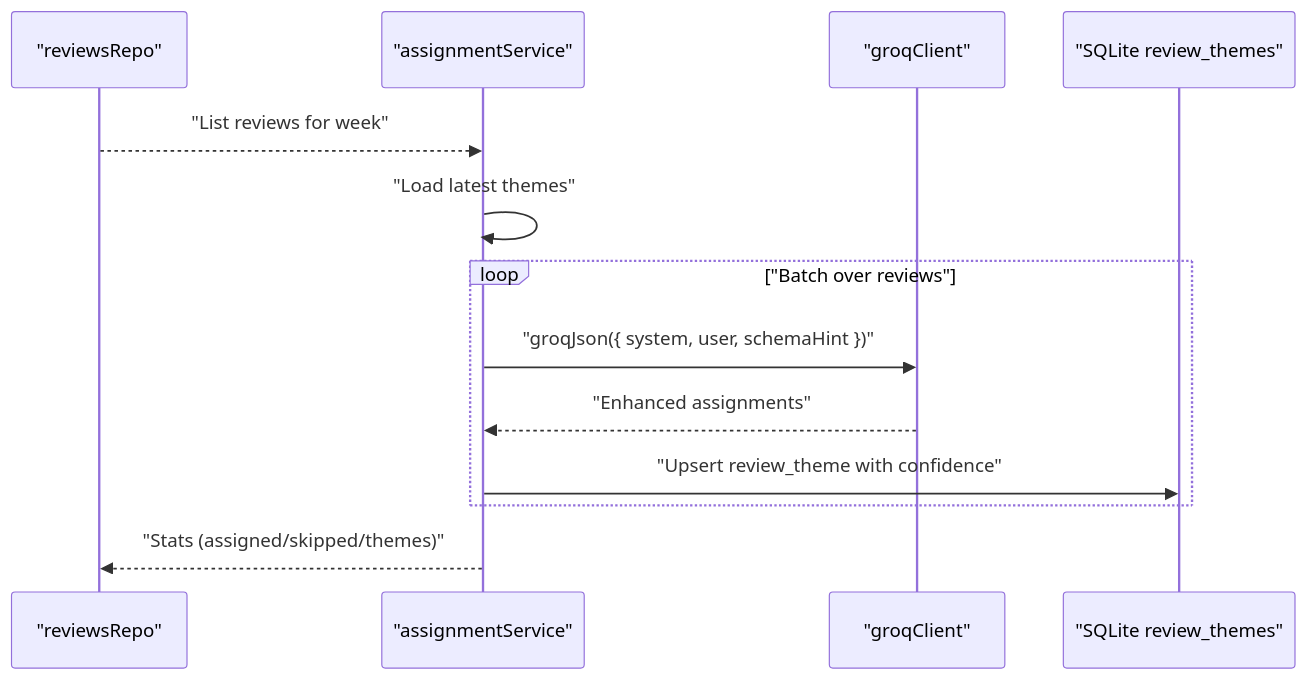
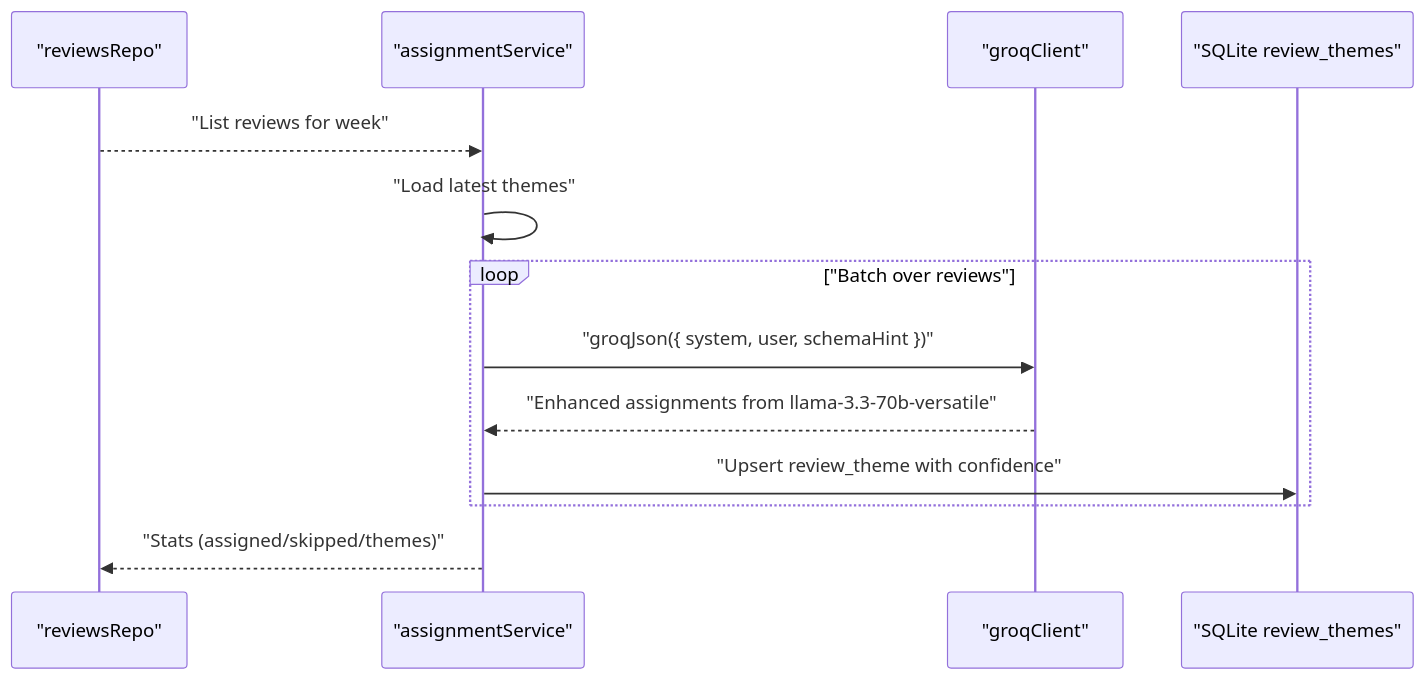
The sixth of 10 diagrams in .qoder/repowiki/en/content/Phase 2_ Advanced Analytics & Automation/LLM Integration with Groq.md (aravinthraj-ramalingam/Groww-App-Review-Insights-Analyzer-), drawn with Mermaid before and after one commit. The commit also changed other lines of this file and 10 other files, not shown here.

````diff
--- a/.qoder/repowiki/en/content/Phase 2_ Advanced Analytics & Automation/LLM Integration with Groq.md
+++ b/.qoder/repowiki/en/content/Phase 2_ Advanced Analytics & Automation/LLM Integration with Groq.md
@@ -254,15 +258,15 @@
 ```mermaid
 sequenceDiagram
 participant Repo as "reviewsRepo"
 participant Asgn as "assignmentService"
 participant Groq as "groqClient"
 participant DB as "SQLite review_themes"
 Repo-->>Asgn : "List reviews for week"
 Asgn->>Asgn : "Load latest themes"
 loop "Batch over reviews"
 Asgn->>Groq : "groqJson({ system, user, schemaHint })"
-Groq-->>Asgn : "Enhanced assignments"
+Groq-->>Asgn : "Enhanced assignments from llama-3.3-70b-versatile"
 Asgn->>DB : "Upsert review_theme with confidence"
 end
 Asgn-->>Repo : "Stats (assigned/skipped/themes)"
 ```
````
